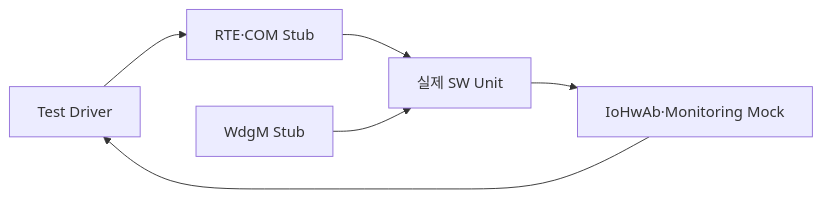
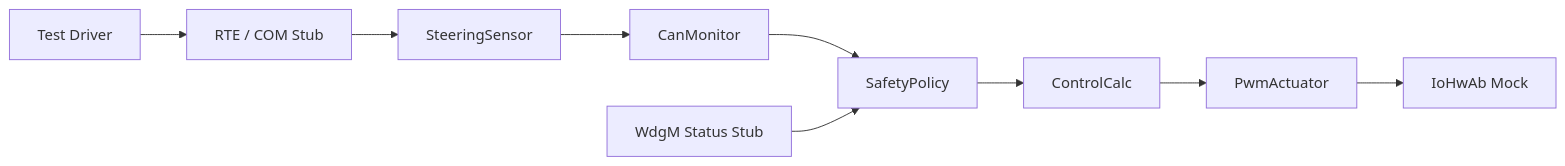
One commit to kwangil1245-code/iso26262-sbw-failsafe changed the first of 6 diagrams in iso26262-sbw-failsafe/workproducts/07_SW_Integration_Verification.md. Above: the diagram before and after it, drawn with Mermaid. The commit also changed other lines of this file, not shown here.

````diff
--- a/iso26262-sbw-failsafe/workproducts/07_SW_Integration_Verification.md
+++ b/iso26262-sbw-failsafe/workproducts/07_SW_Integration_Verification.md
@@ -44,8 +64,16 @@
 ```mermaid
 flowchart LR
-    T["Test Driver"] --> R["RTE·COM Stub"]
-    R --> S["실제 SW Unit"]
-    W["WdgM Stub"] --> S
-    S --> M["IoHwAb·Monitoring Mock"]
-    M --> T
+    T["Test Driver"]
+
+    T --> R["RTE / COM Stub"]
+
+    R --> U1["SteeringSensor"]
+    U1 --> U2["CanMonitor"]
+    U2 --> U3["SafetyPolicy"]
+    U3 --> U5["ControlCalc"]
+    U5 --> U6["PwmActuator"]
+
+    W["WdgM Status Stub"] --> U3
+
+    U6 --> H["IoHwAb Mock"]
 ```
````
